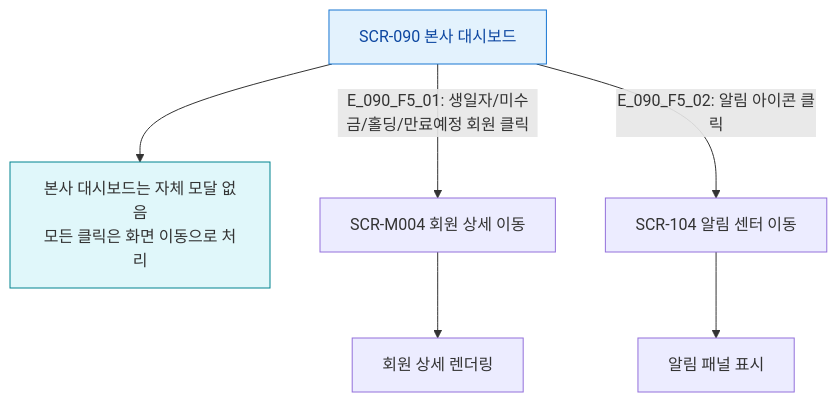
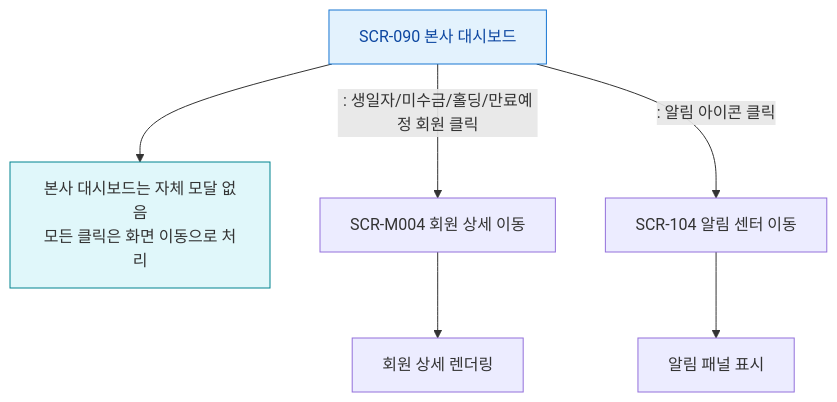
One commit to dev-spogym/admin-pando changed the diagram in docs/다이어그램/D10_본사관리/SCR-090_본사대시보드/F5_모달트리거.md. Above: the diagram before and after it, drawn with Mermaid. The commit also changed other lines of this file and 1660 other files, not shown here.

First line of the commit message:
다이어그램: 기획자/클라이언트 납품본으로 정리

````diff
--- a/docs/다이어그램/D10_본사관리/SCR-090_본사대시보드/F5_모달트리거.md
+++ b/docs/다이어그램/D10_본사관리/SCR-090_본사대시보드/F5_모달트리거.md
@@ -14,18 +12,18 @@
 ```mermaid
 flowchart TD
   SCR_090[SCR-090 본사 대시보드]
 
   SCR_090 --> NoModal[본사 대시보드는 자체 모달 없음\n모든 클릭은 화면 이동으로 처리]
 
-  SCR_090 -->|"E_090_F5_01: 생일자/미수금/홀딩/만료예정 회원 클릭"| NavMember[SCR-M004 회원 상세 이동]
-  SCR_090 -->|"E_090_F5_02: 알림 아이콘 클릭"| NavNotif[SCR-104 알림 센터 이동]
+  SCR_090 -->|": 생일자/미수금/홀딩/만료예정 회원 클릭"|NavMember[SCR-M004 회원 상세 이동]
+  SCR_090 -->|": 알림 아이콘 클릭"|NavNotif[SCR-104 알림 센터 이동]
 
   NavMember --> MemberDetail[회원 상세 렌더링]
   NavNotif --> NotifPanel[알림 패널 표시]
 
   classDef screen fill:#E3F2FD,stroke:#1976D2,color:#0D47A1
   classDef info fill:#E0F7FA,stroke:#00838F
 
   class SCR_090 screen
   class NoModal info
 ```
````
